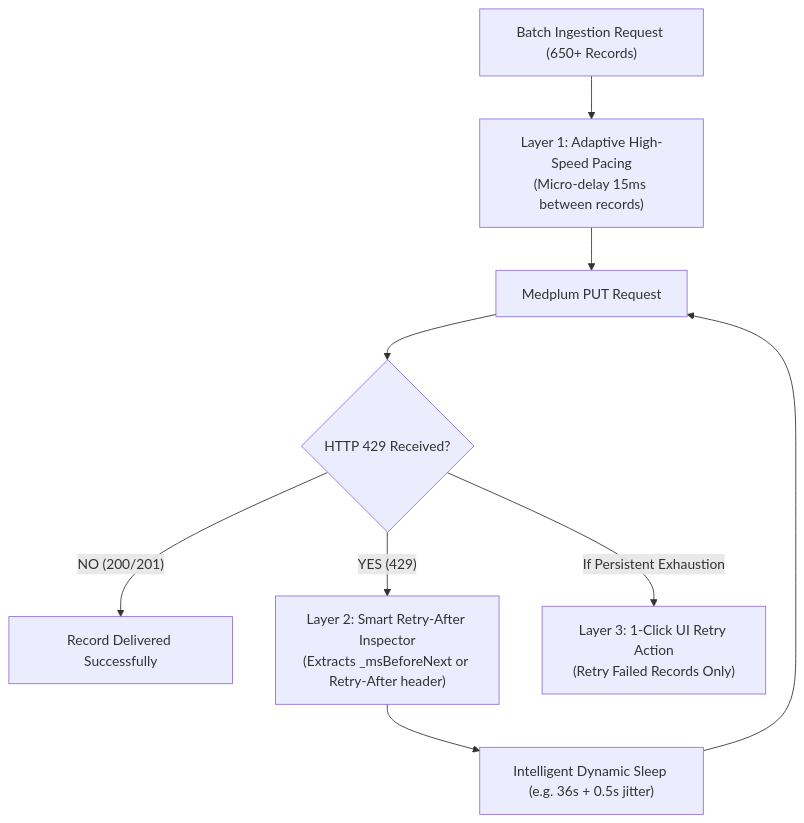
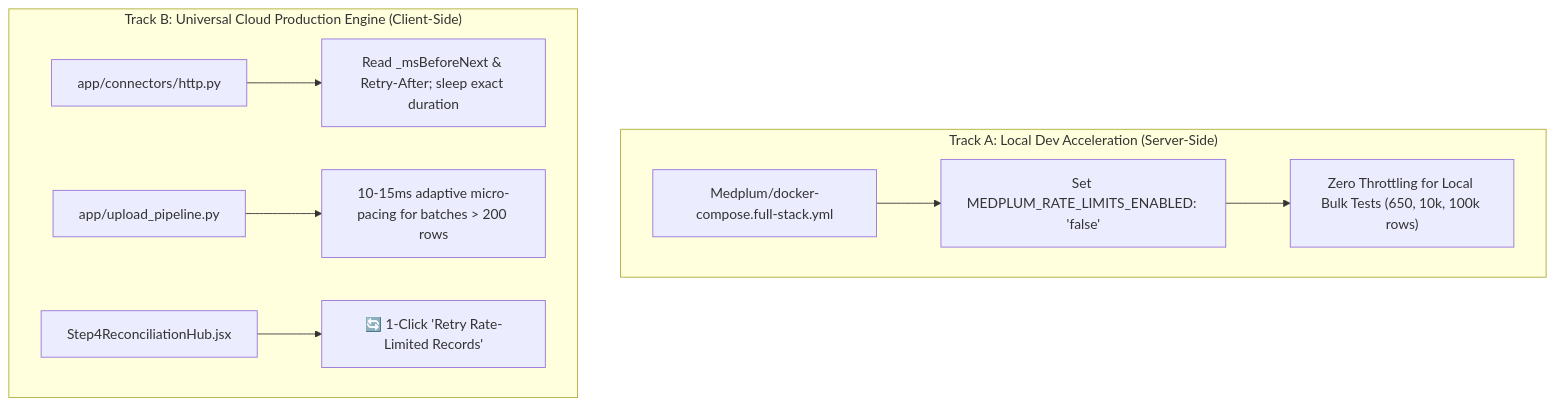
The diagram in docs/http-429-rate-limiting-and-throttling.md (viveknitor/ai-healthcare-etl-platform), drawn with Mermaid before and after one commit. The commit also changed other lines of this file and 1 other file, not shown here.

Commit message:
docs: update http-429 documentation with Medplum vs cloud destination server analysis

````diff
--- a/docs/http-429-rate-limiting-and-throttling.md
+++ b/docs/http-429-rate-limiting-and-throttling.md
@@ -65,11 +128,13 @@
 ```mermaid
 flowchart TD
-    A["Batch Ingestion Request (650+ Records)"] --> B["Layer 1: Adaptive High-Speed Pacing\n(Micro-delay 15ms between records)"]
-    B --> C["Medplum PUT Request"]
-    C --> D{"HTTP 429 Received?"}
-    D -- "NO (200/201)" --> E["Record Delivered Successfully"]
-    D -- "YES (429)" --> F["Layer 2: Smart Retry-After Inspector\n(Extracts _msBeforeNext or Retry-After header)"]
-    F --> G["Intelligent Dynamic Sleep (e.g. 36s + 0.5s jitter)"]
-    G --> C
-    D -- "If Persistent Exhaustion" --> H["Layer 3: 1-Click UI Retry Action\n(Retry Failed Records Only)"]
+    subgraph TrackA ["Track A: Local Dev Acceleration (Server-Side)"]
+        Docker["Medplum/docker-compose.full-stack.yml"] --> Env["Set MEDPLUM_RATE_LIMITS_ENABLED: 'false'"]
+        Env --> NoLimit["Zero Throttling for Local Bulk Tests (650, 10k, 100k rows)"]
+    end
+
+    subgraph TrackB ["Track B: Universal Cloud Production Engine (Client-Side)"]
+        HTTP["app/connectors/http.py"] --> DynamicSleep["Read _msBeforeNext & Retry-After; sleep exact duration"]
+        Pipeline["app/upload_pipeline.py"] --> Pacing["10-15ms adaptive micro-pacing for batches > 200 rows"]
+        UI["Step4ReconciliationHub.jsx"] --> RetryBtn["🔄 1-Click 'Retry Rate-Limited Records'"]
+    end
 ```
````
